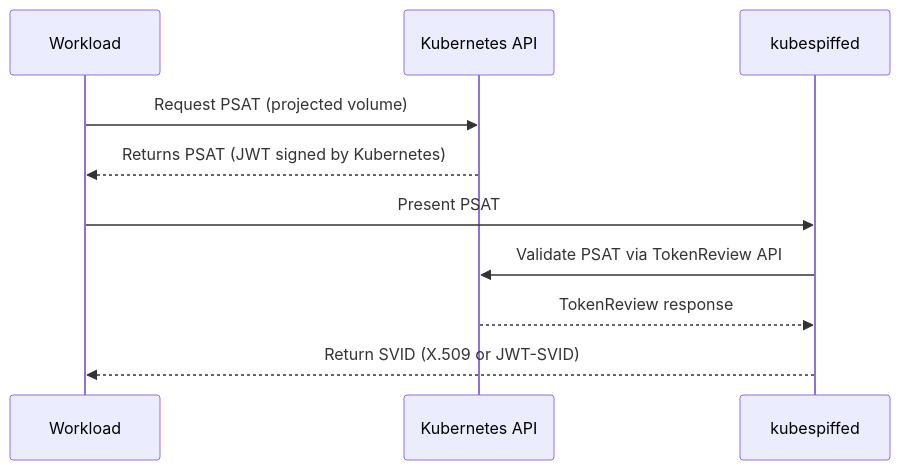
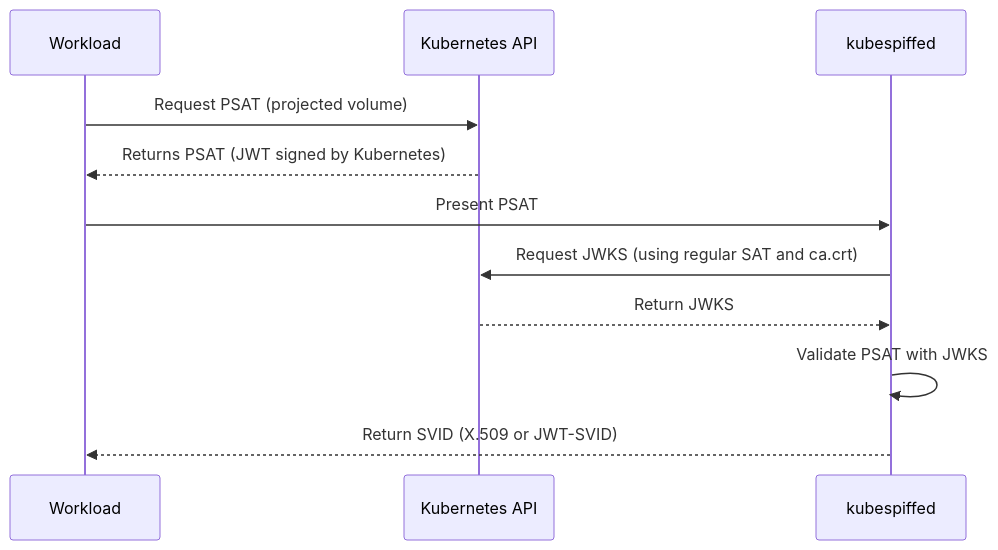
The diagram in README.md (jsnctl/kubespiffe), drawn with Mermaid before and after one commit.

Commit message:
Fix sequence diagram to reflect JWKS verification (#2)

````diff
--- a/README.md
+++ b/README.md
@@ -20,14 +20,15 @@
 ```mermaid
 sequenceDiagram
     participant W as Workload
     participant K8S as Kubernetes API
     participant KS as kubespiffed
 
     W->>K8S: Request PSAT (projected volume)
     K8S-->>W: Returns PSAT (JWT signed by Kubernetes)
-
+    
     W->>KS: Present PSAT
-    KS->>K8S: Validate PSAT via TokenReview API
-    K8S-->>KS: TokenReview response
+    KS->>K8S: Request JWKS (using regular SAT and ca.crt)
+    K8S-->>KS: Return JWKS
+    KS->>KS: Validate PSAT with JWKS
     KS-->>W: Return SVID (X.509 or JWT-SVID)
 ```
````
